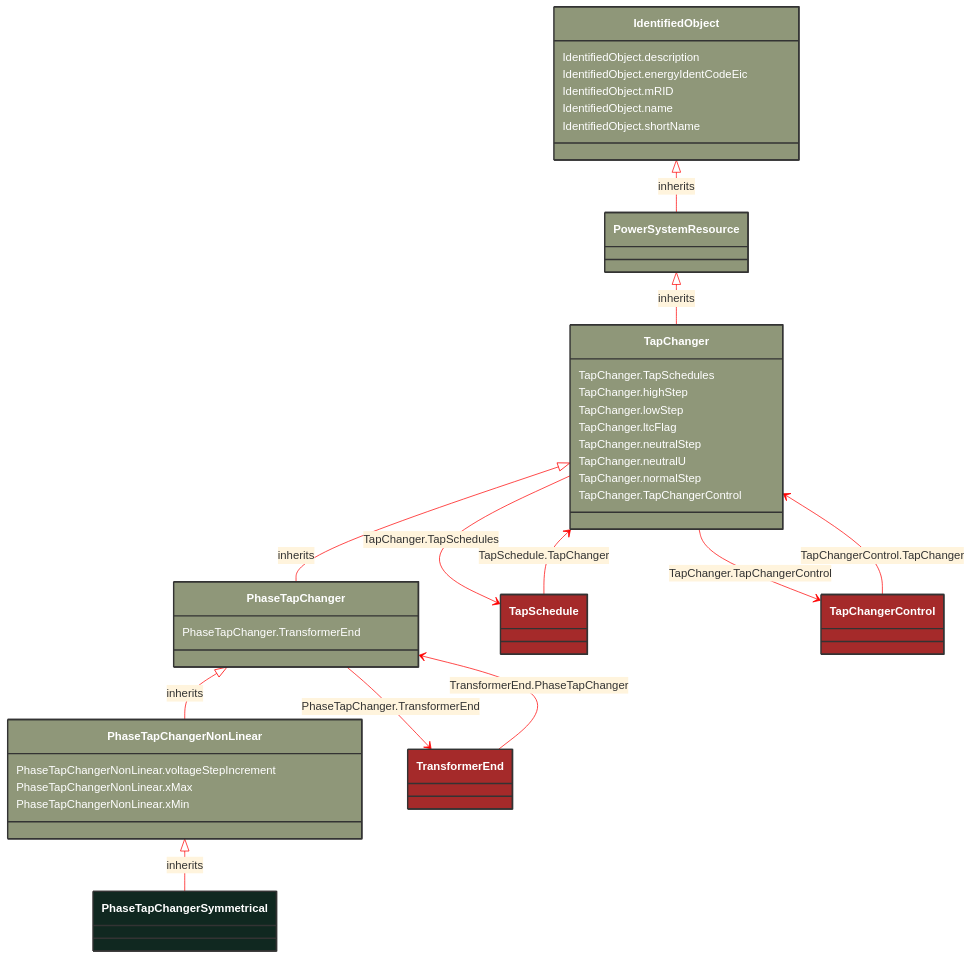
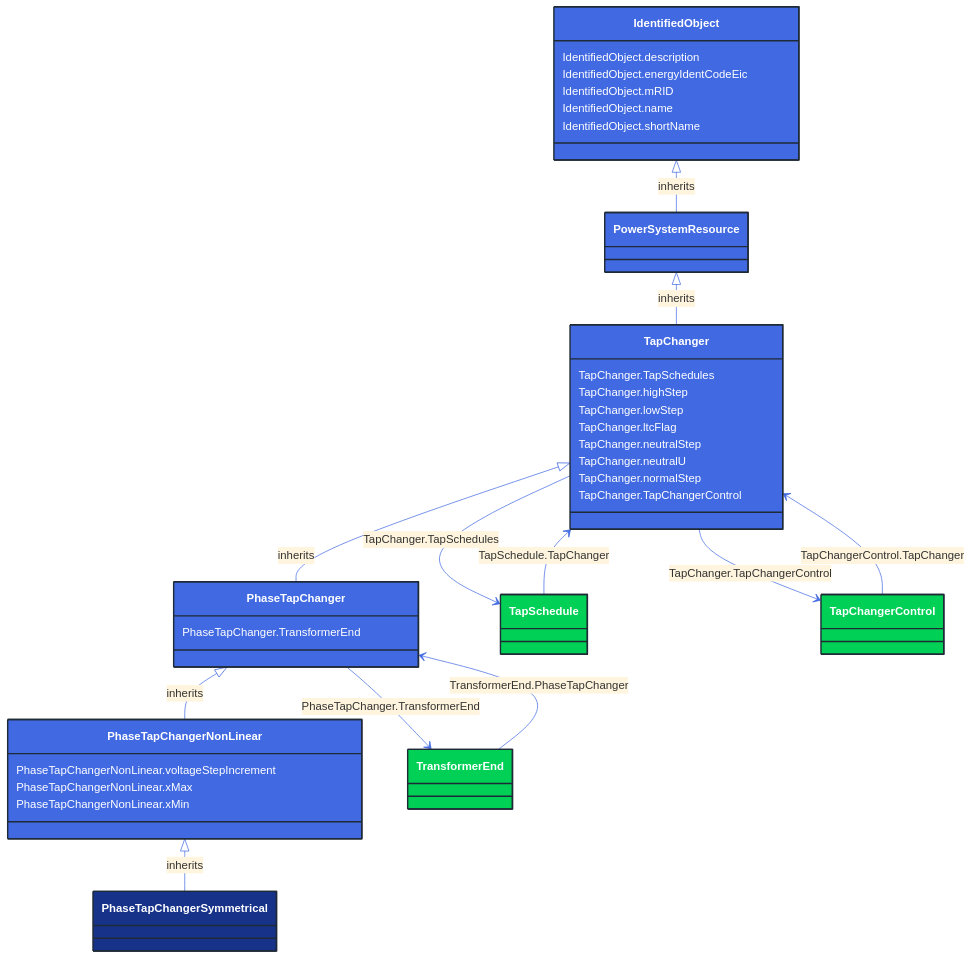
One commit to 3lbits/NoCIMExtensions changed the diagram in docs/Models/Profiles/CoreEquipment/ConcreteClasses/PhaseTapChangerSymmetrical.md. Above: the diagram before and after it, drawn with Mermaid. The commit also changed 362 other files, not shown here.

First line of the commit message:
Update diagrams and styles for improved visual consistency

````diff
--- a/docs/Models/Profiles/CoreEquipment/ConcreteClasses/PhaseTapChangerSymmetrical.md
+++ b/docs/Models/Profiles/CoreEquipment/ConcreteClasses/PhaseTapChangerSymmetrical.md
@@ -8,80 +8,80 @@
 ```mermaid
-%%{init: {'theme':'base','themeVariables': {'lineColor': '#FF0000'}}}%%
+%%{init: {'theme':'base','themeVariables': {'lineColor': '#4169E1'}}}%%
 classDiagram
     class PhaseTapChangerSymmetrical
     click PhaseTapChangerSymmetrical href "/Models/Profiles/CoreEquipment/ConcreteClasses/PhaseTapChangerSymmetrical/"
-    style PhaseTapChangerSymmetrical fill:#102820,stroke:#333,stroke-width:2px,rx:10,ry:10,color:white
+    style PhaseTapChangerSymmetrical fill:#163289,stroke:#1F2A37,stroke-width:2px,rx:10,ry:10,color:white
      
         PhaseTapChangerNonLinear <|-- PhaseTapChangerSymmetrical : inherits
             click PhaseTapChangerNonLinear href "/Models/Profiles/CoreEquipment/AbstractClasses/PhaseTapChangerNonLinear/"
-            style PhaseTapChangerNonLinear fill:#8F9779,stroke:#333,stroke-width:2px,rx:10,ry:10,color:white
+            style PhaseTapChangerNonLinear fill:#4169E1,stroke:#1F2A37,stroke-width:2px,rx:10,ry:10,color:white
      
         PhaseTapChanger <|-- PhaseTapChangerNonLinear : inherits
             click PhaseTapChanger href "/Models/Profiles/CoreEquipment/AbstractClasses/PhaseTapChanger/"
-            style PhaseTapChanger fill:#8F9779,stroke:#333,stroke-width:2px,rx:10,ry:10,color:white
+            style PhaseTapChanger fill:#4169E1,stroke:#1F2A37,stroke-width:2px,rx:10,ry:10,color:white
      
         TapChanger <|-- PhaseTapChanger : inherits
             click TapChanger href "/Models/Profiles/CoreEquipment/AbstractClasses/TapChanger/"
-            style TapChanger fill:#8F9779,stroke:#333,stroke-width:2px,rx:10,ry:10,color:white
+            style TapChanger fill:#4169E1,stroke:#1F2A37,stroke-width:2px,rx:10,ry:10,color:white
      
         PowerSystemResource <|-- TapChanger : inherits
             click PowerSystemResource href "/Models/Profiles/CoreEquipment/AbstractClasses/PowerSystemResource/"
-            style PowerSystemResource fill:#8F9779,stroke:#333,stroke-width:2px,rx:10,ry:10,color:white
+            style PowerSystemResource fill:#4169E1,stroke:#1F2A37,stroke-width:2px,rx:10,ry:10,color:white
      
         IdentifiedObject <|-- PowerSystemResource : inherits
             click IdentifiedObject href "/Models/Profiles/CoreEquipment/AbstractClasses/IdentifiedObject/"
-            style IdentifiedObject fill:#8F9779,stroke:#333,stroke-width:2px,rx:10,ry:10,color:white
+            style IdentifiedObject fill:#4169E1,stroke:#1F2A37,stroke-width:2px,rx:10,ry:10,color:white
 
         PhaseTapChanger --> TransformerEnd : PhaseTapChanger.TransformerEnd
 
         TransformerEnd
             click TransformerEnd href "/Models/Profiles/CoreEquipment/AbstractClasses/TransformerEnd/"
-            style TransformerEnd fill:#A52A2A,stroke:#333,stroke-width:2px,rx:10,ry:10,color:white
+            style TransformerEnd fill:#00D156,stroke:#1F2A37,stroke-width:2px,rx:10,ry:10,color:white
         TapChanger --> TapSchedule : TapChanger.TapSchedules
 
         TapSchedule
             click TapSchedule href "/Models/Profiles/CoreEquipment/AbstractClasses/TapSchedule/"
-            style TapSchedule fill:#A52A2A,stroke:#333,stroke-width:2px,rx:10,ry:10,color:white
+            style TapSchedule fill:#00D156,stroke:#1F2A37,stroke-width:2px,rx:10,ry:10,color:white
         TapChanger --> TapChangerControl : TapChanger.TapChangerControl
 
         TapChangerControl
             click TapChangerControl href "/Models/Profiles/CoreEquipment/ConcreteClasses/TapChangerControl/"
-            style TapChangerControl fill:#A52A2A,stroke:#333,stroke-width:2px,rx:10,ry:10,color:white
+            style TapChangerControl fill:#00D156,stroke:#1F2A37,stroke-width:2px,rx:10,ry:10,color:white
 
         TapSchedule --> TapChanger : TapSchedule.TapChanger
 
         TapSchedule
             click TapSchedule href "/Models/Profiles/CoreEquipment/AbstractClasses/TapSchedule/"
-            style TapSchedule fill:#A52A2A,stroke:#333,stroke-width:2px,rx:10,ry:10,color:white
+            style TapSchedule fill:#00D156,stroke:#1F2A37,stroke-width:2px,rx:10,ry:10,color:white
 
         TapChangerControl --> TapChanger : TapChangerControl.TapChanger
 
         TapChangerControl
             click TapChangerControl href "/Models/Profiles/CoreEquipment/ConcreteClasses/TapChangerControl/"
-            style TapChangerControl fill:#A52A2A,stroke:#333,stroke-width:2px,rx:10,ry:10,color:white
+            style TapChangerControl fill:#00D156,stroke:#1F2A37,stroke-width:2px,rx:10,ry:10,color:white
 
         TransformerEnd --> PhaseTapChanger : TransformerEnd.PhaseTapChanger
 
         TransformerEnd
             click TransformerEnd href "/Models/Profiles/CoreEquipment/AbstractClasses/TransformerEnd/"
-            style TransformerEnd fill:#A52A2A,stroke:#333,stroke-width:2px,rx:10,ry:10,color:white
+            style TransformerEnd fill:#00D156,stroke:#1F2A37,stroke-width:2px,rx:10,ry:10,color:white
 
 
         PhaseTapChangerNonLinear : PhaseTapChangerNonLinear.voltageStepIncrement
         PhaseTapChangerNonLinear : PhaseTapChangerNonLinear.xMax
         PhaseTapChangerNonLinear : PhaseTapChangerNonLinear.xMin
         PhaseTapChanger : PhaseTapChanger.TransformerEnd
         TapChanger : TapChanger.TapSchedules
         TapChanger : TapChanger.highStep
         TapChanger : TapChanger.lowStep
         TapChanger : TapChanger.ltcFlag
         TapChanger : TapChanger.neutralStep
         TapChanger : TapChanger.neutralU
         TapChanger : TapChanger.normalStep
         TapChanger : TapChanger.TapChangerControl
         IdentifiedObject : IdentifiedObject.description
         IdentifiedObject : IdentifiedObject.energyIdentCodeEic
         IdentifiedObject : IdentifiedObject.mRID
         IdentifiedObject : IdentifiedObject.name
         IdentifiedObject : IdentifiedObject.shortName
 ```
````
